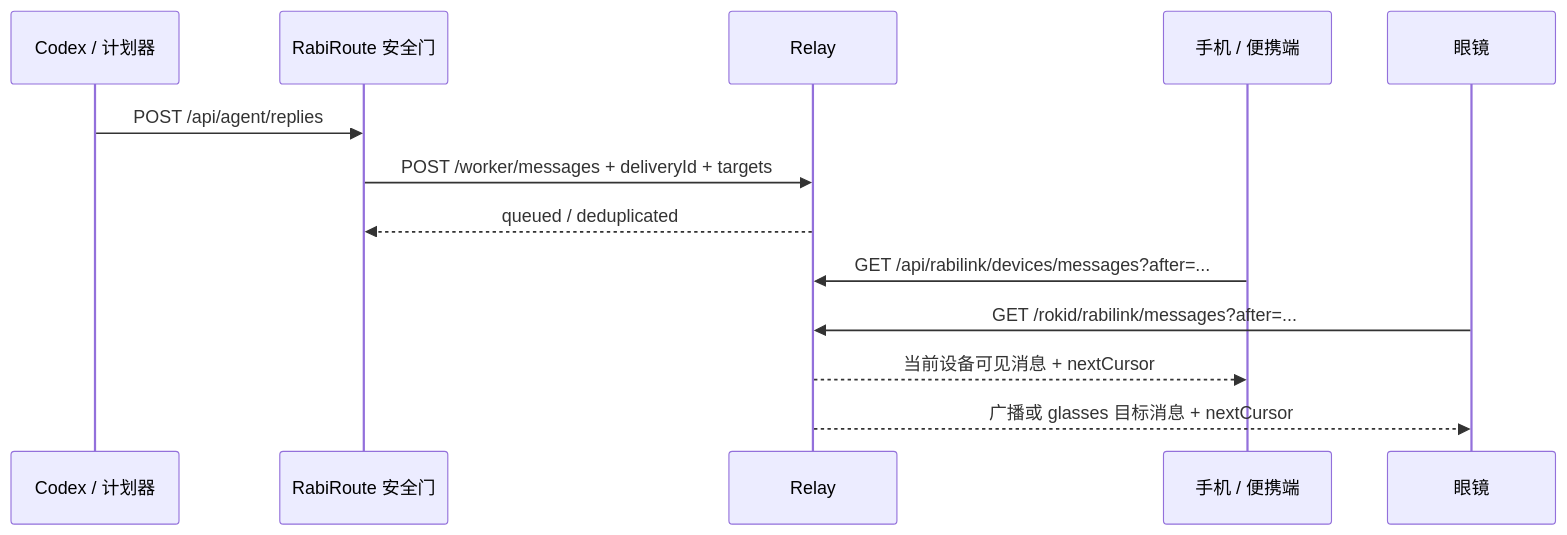
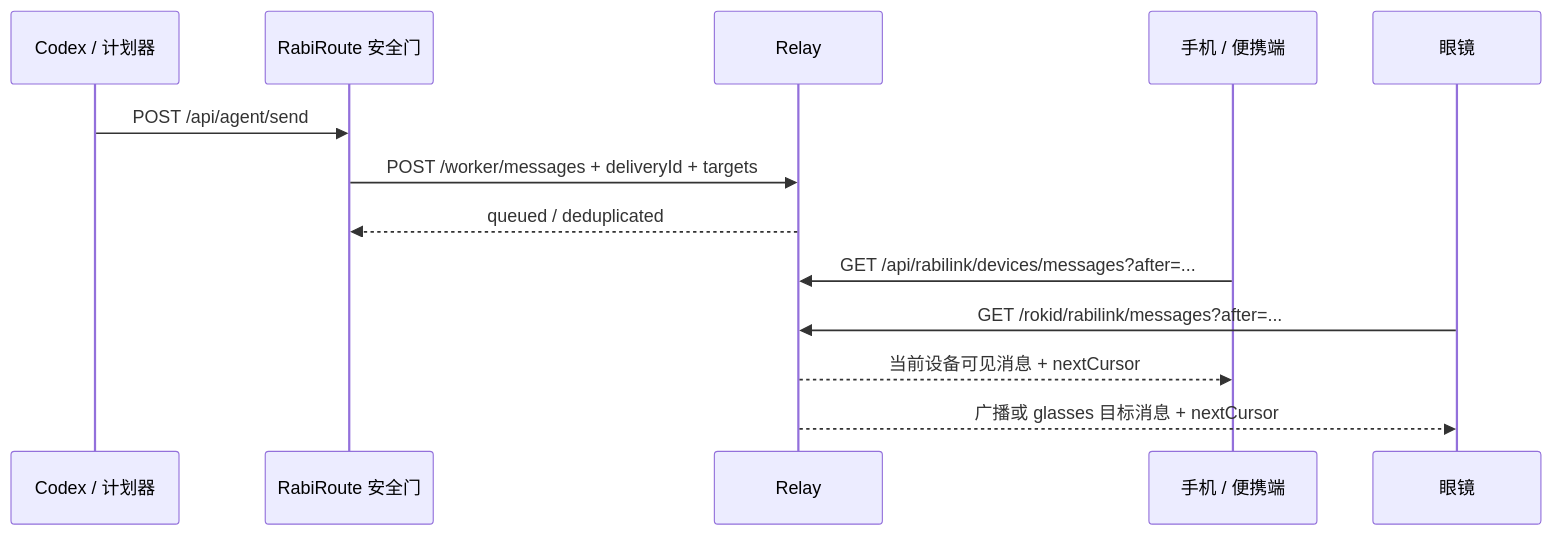
One commit to vb2250158/RabiRoute changed the third of 3 diagrams in docs/rabilink-phone-edge-hub.md. Above: the diagram before and after it, drawn with Mermaid. The commit also changed other lines of this file and 107 other files, not shown here.

````diff
--- a/docs/rabilink-phone-edge-hub.md
+++ b/docs/rabilink-phone-edge-hub.md
@@ -87,16 +87,16 @@
 ```mermaid
 sequenceDiagram
     participant C as Codex / 计划器
     participant G as RabiRoute 安全门
     participant R as Relay
     participant P as 手机 / 便携端
     participant E as 眼镜
 
-    C->>G: POST /api/agent/replies
+    C->>G: POST /api/agent/send
     G->>R: POST /worker/messages + deliveryId + targets
     R-->>G: queued / deduplicated
     P->>R: GET /api/rabilink/devices/messages?after=...
     E->>R: GET /rokid/rabilink/messages?after=...
     R-->>P: 当前设备可见消息 + nextCursor
     R-->>E: 广播或 glasses 目标消息 + nextCursor
 ```
````
